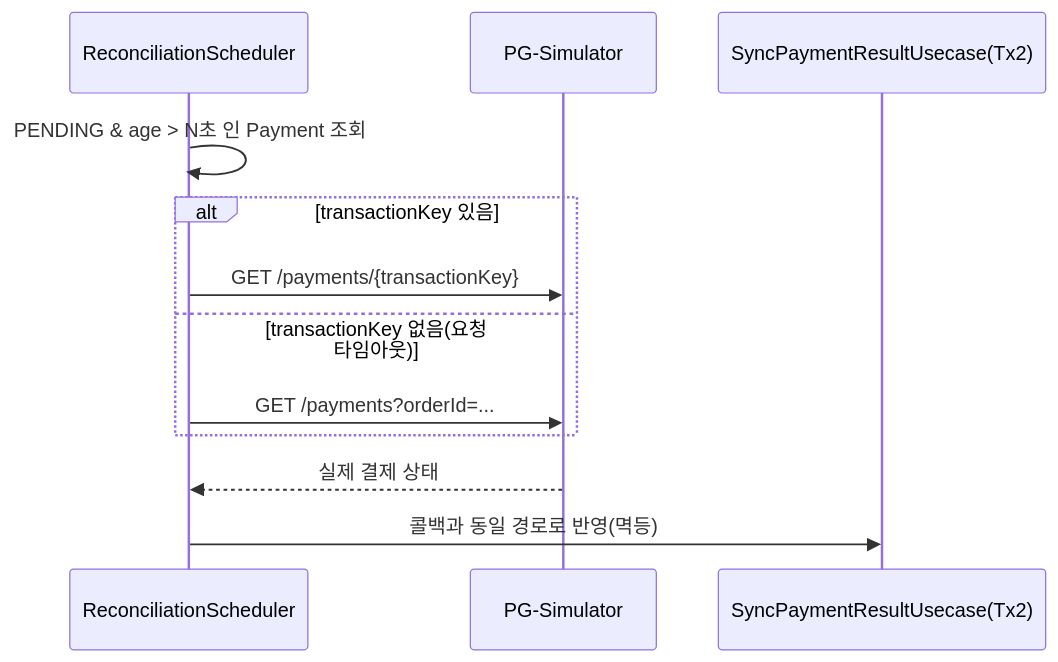
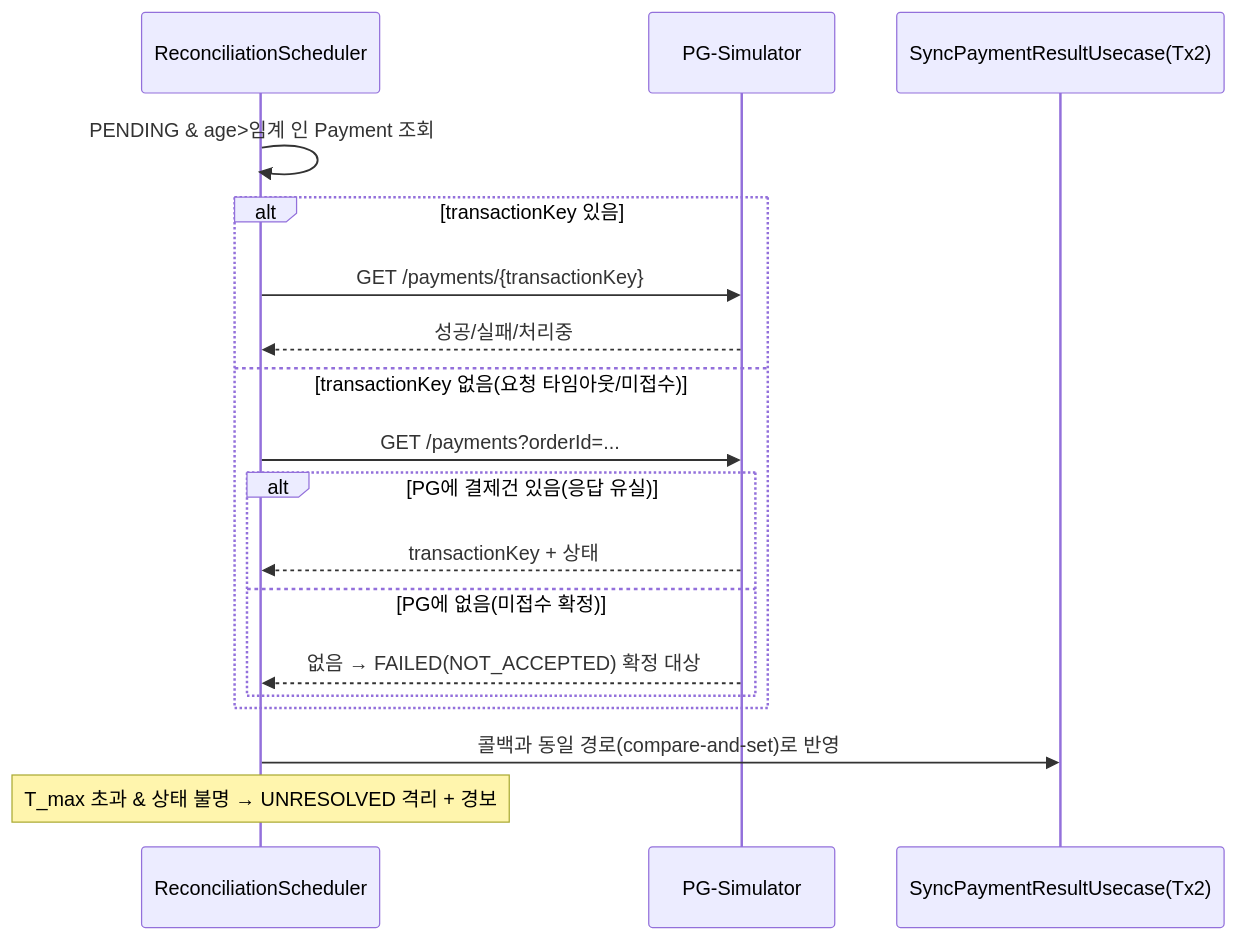
One commit to loopers-labs/loop-pack-be-l2-vol4-kotlin changed the fifth of 5 diagrams in docs/payment/round6-payment-integration.md. Above: the diagram before and after it, drawn with Mermaid. The commit also changed other lines of this file, not shown here.

First line of the commit message:
docs: revise round6 payment design per review (R1-R7)

````diff
--- a/docs/payment/round6-payment-integration.md
+++ b/docs/payment/round6-payment-integration.md
@@ -105,15 +112,21 @@
 ```mermaid
 sequenceDiagram
     participant SCH as ReconciliationScheduler
     participant PG as PG-Simulator
     participant SYNC as SyncPaymentResultUsecase(Tx2)
 
-    SCH->>SCH: PENDING & age > N초 인 Payment 조회
+    SCH->>SCH: PENDING & age>임계 인 Payment 조회
     alt transactionKey 있음
         SCH->>PG: GET /payments/{transactionKey}
-    else transactionKey 없음(요청 타임아웃)
+        PG-->>SCH: 성공/실패/처리중
+    else transactionKey 없음(요청 타임아웃/미접수)
         SCH->>PG: GET /payments?orderId=...
+        alt PG에 결제건 있음(응답 유실)
+            PG-->>SCH: transactionKey + 상태
+        else PG에 없음(미접수 확정)
+            PG-->>SCH: 없음 → FAILED(NOT_ACCEPTED) 확정 대상
+        end
     end
-    PG-->>SCH: 실제 결제 상태
-    SCH->>SYNC: 콜백과 동일 경로로 반영(멱등)
+    SCH->>SYNC: 콜백과 동일 경로(compare-and-set)로 반영
+    Note over SCH: T_max 초과 & 상태 불명 → UNRESOLVED 격리 + 경보
 ```
````
